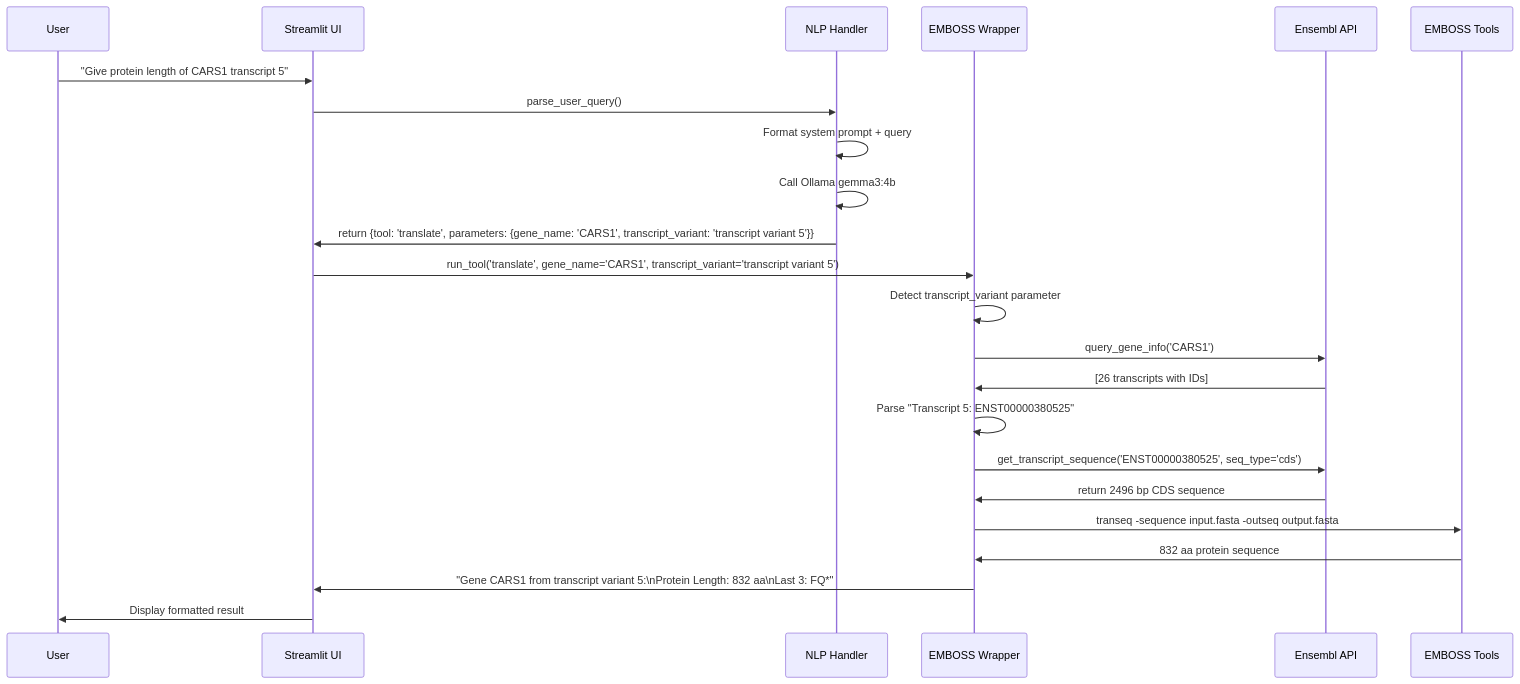
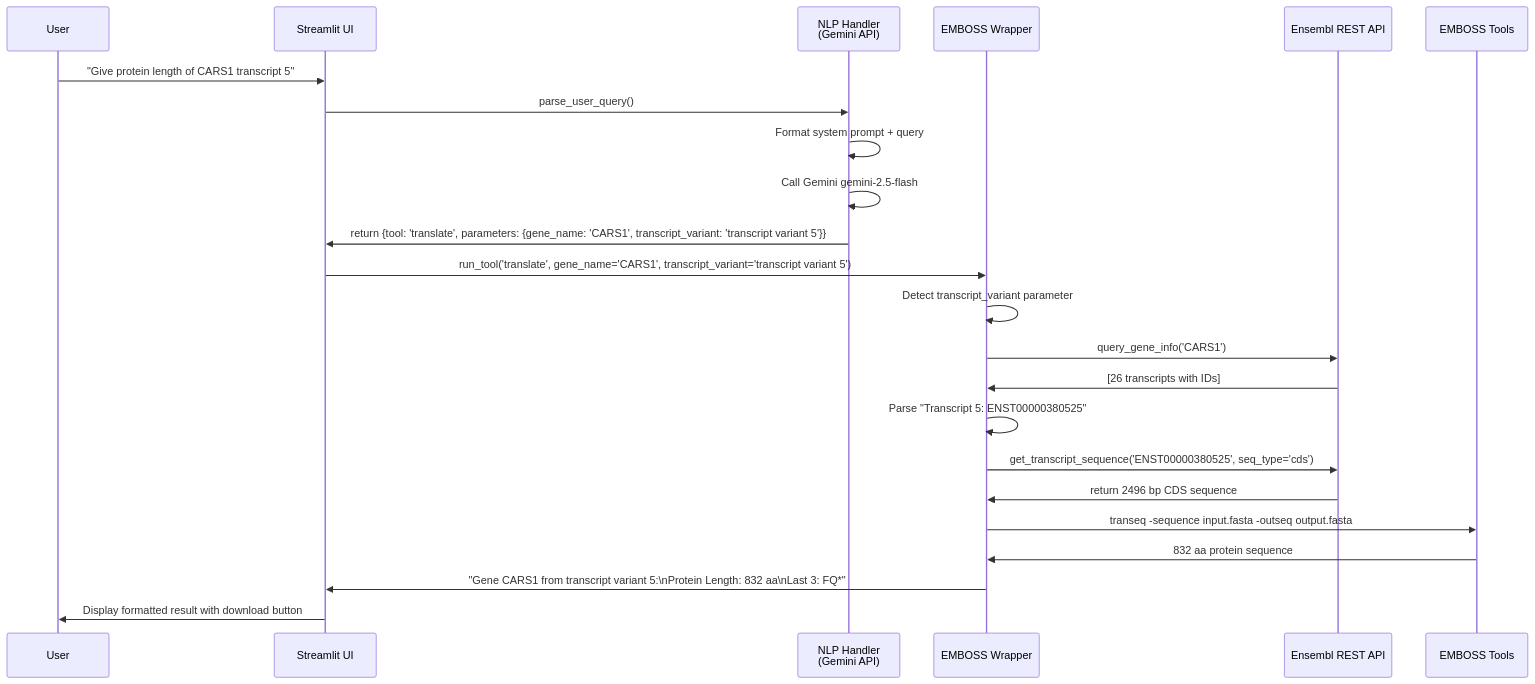
One commit to caagendaz/BME110-final changed the sixth of 9 diagrams in docs/ARCHITECTURE.md. Above: the diagram before and after it, drawn with Mermaid. The commit also changed other lines of this file, not shown here.

Commit message:
Update ARCHITECTURE.md flowcharts to reflect Gemini API, Python 3.12, multi-question mode, and new tools

````diff
--- a/docs/ARCHITECTURE.md
+++ b/docs/ARCHITECTURE.md
@@ -190,30 +208,30 @@
 ```mermaid
 sequenceDiagram
     participant User
     participant Streamlit as Streamlit UI
-    participant NLP as NLP Handler
+    participant NLP as NLP Handler<br/>(Gemini API)
     participant Wrapper as EMBOSS Wrapper
-    participant Ensembl as Ensembl API
+    participant Ensembl as Ensembl REST API
     participant EMBOSS as EMBOSS Tools
 
     User->>Streamlit: "Give protein length of CARS1 transcript 5"
     Streamlit->>NLP: parse_user_query()
     NLP->>NLP: Format system prompt + query
-    NLP->>NLP: Call Ollama gemma3:4b
+    NLP->>NLP: Call Gemini gemini-2.5-flash
     NLP->>Streamlit: return {tool: 'translate', parameters: {gene_name: 'CARS1', transcript_variant: 'transcript variant 5'}}
     
     Streamlit->>Wrapper: run_tool('translate', gene_name='CARS1', transcript_variant='transcript variant 5')
     Wrapper->>Wrapper: Detect transcript_variant parameter
     Wrapper->>Ensembl: query_gene_info('CARS1')
     Ensembl->>Wrapper: [26 transcripts with IDs]
     Wrapper->>Wrapper: Parse "Transcript 5: ENST00000380525"
     
     Wrapper->>Ensembl: get_transcript_sequence('ENST00000380525', seq_type='cds')
     Ensembl->>Wrapper: return 2496 bp CDS sequence
     
     Wrapper->>EMBOSS: transeq -sequence input.fasta -outseq output.fasta
     EMBOSS->>Wrapper: 832 aa protein sequence
     
     Wrapper->>Streamlit: "Gene CARS1 from transcript variant 5:\nProtein Length: 832 aa\nLast 3: FQ*"
-    Streamlit->>User: Display formatted result
+    Streamlit->>User: Display formatted result with download button
 ```
````
